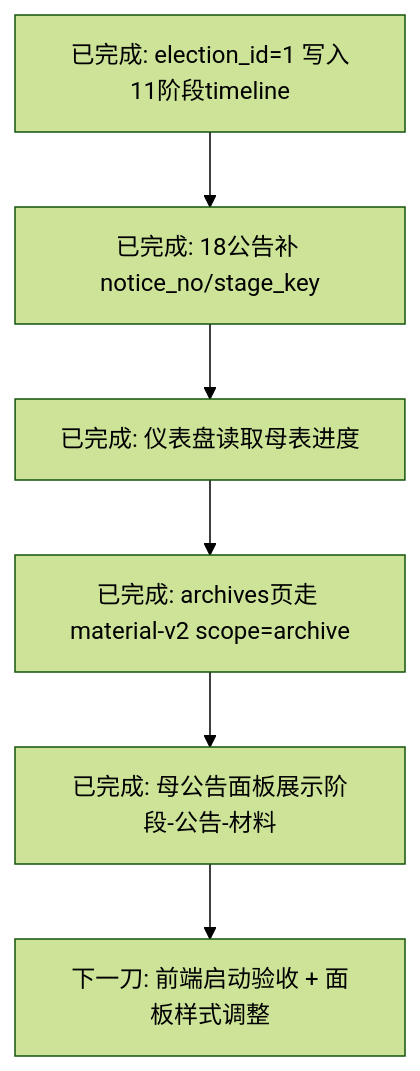
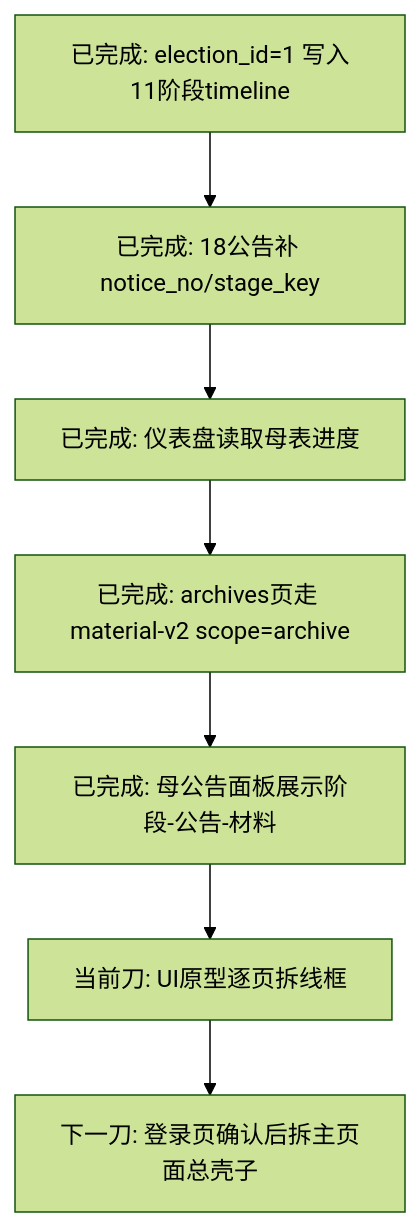
The third of 3 diagrams in 副船长的航海接力日志/当前接力图.md (4xiaxia/election-v2), drawn with Mermaid (forest theme) before and after one commit. The commit also changed 5 other files, not shown here.

````diff
--- a/副船长的航海接力日志/当前接力图.md
+++ b/副船长的航海接力日志/当前接力图.md
@@ -39,8 +39,9 @@
 ```mermaid
 flowchart TD
     A[已完成: election_id=1 写入11阶段timeline] --> B[已完成: 18公告补 notice_no/stage_key]
     B --> C[已完成: 仪表盘读取母表进度]
     C --> D[已完成: archives页走 material-v2 scope=archive]
     D --> E[已完成: 母公告面板展示阶段-公告-材料]
-    E --> F[下一刀: 前端启动验收 + 面板样式调整]
+    E --> F[当前刀: UI原型逐页拆线框]
+    F --> G[下一刀: 登录页确认后拆主页面总壳子]
 ```
````
